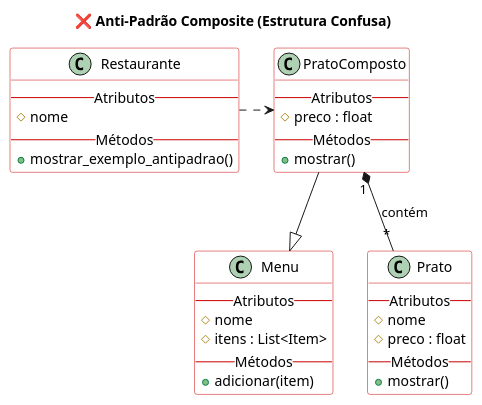
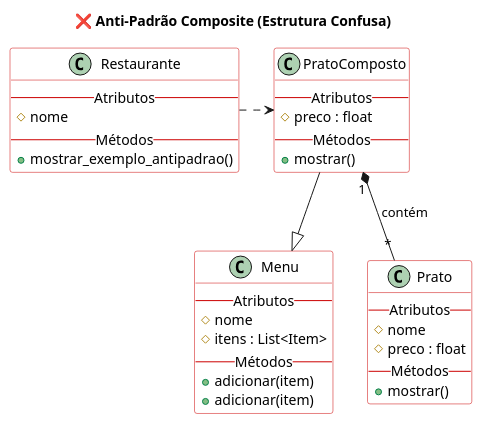
Before and after one commit to thiagosabreu/bertoti: the diagram in Padrões de Projeto/Composto/antipadrão/composto_antipadrao.puml, drawn with PlantUML. The commit also changed 5 other files, not shown here.

```diff
--- a/Padrões de Projeto/Composto/antipadrão/composto_antipadrao.puml
+++ b/Padrões de Projeto/Composto/antipadrão/composto_antipadrao.puml
@@ -1,54 +1,55 @@
 @startuml
 title ❌ Anti-Padrão Composite (Estrutura Confusa)
 
 ' Configuração de estilo
 skinparam class {
   BorderColor #cc0000
   BackgroundColor white
   AttributeFontColor black
 }
 skinparam backgroundcolor white
 
 ' 1. Classes do Antipadrão
 class Menu {
   -- Atributos --
   # nome
   # itens : List<Item>
   -- Métodos --
+  + adicionar(item)
   + adicionar(item)
 }
 
 class PratoComposto {
   -- Atributos --
   # preco : float
   -- Métodos --
   + mostrar()
 }
 
 class Prato {
   -- Atributos --
   # nome
   # preco : float
   -- Métodos --
   + mostrar()
 }
 
 class Restaurante {
   -- Atributos --
   # nome
   -- Métodos --
   + mostrar_exemplo_antipadrao()
 }
 
 ' RELAÇÕES:
 
 ' Herança (assumindo que PratoComposto herda de Menu)
 PratoComposto --|> Menu
 
 ' Composição/Agregação de itens dentro de PratoComposto
 PratoComposto "1" *-- "*" Prato : contém
 
 ' Dependência (Restaurante usa PratoComposto)
 Restaurante .right.> PratoComposto
 
 @enduml
```
